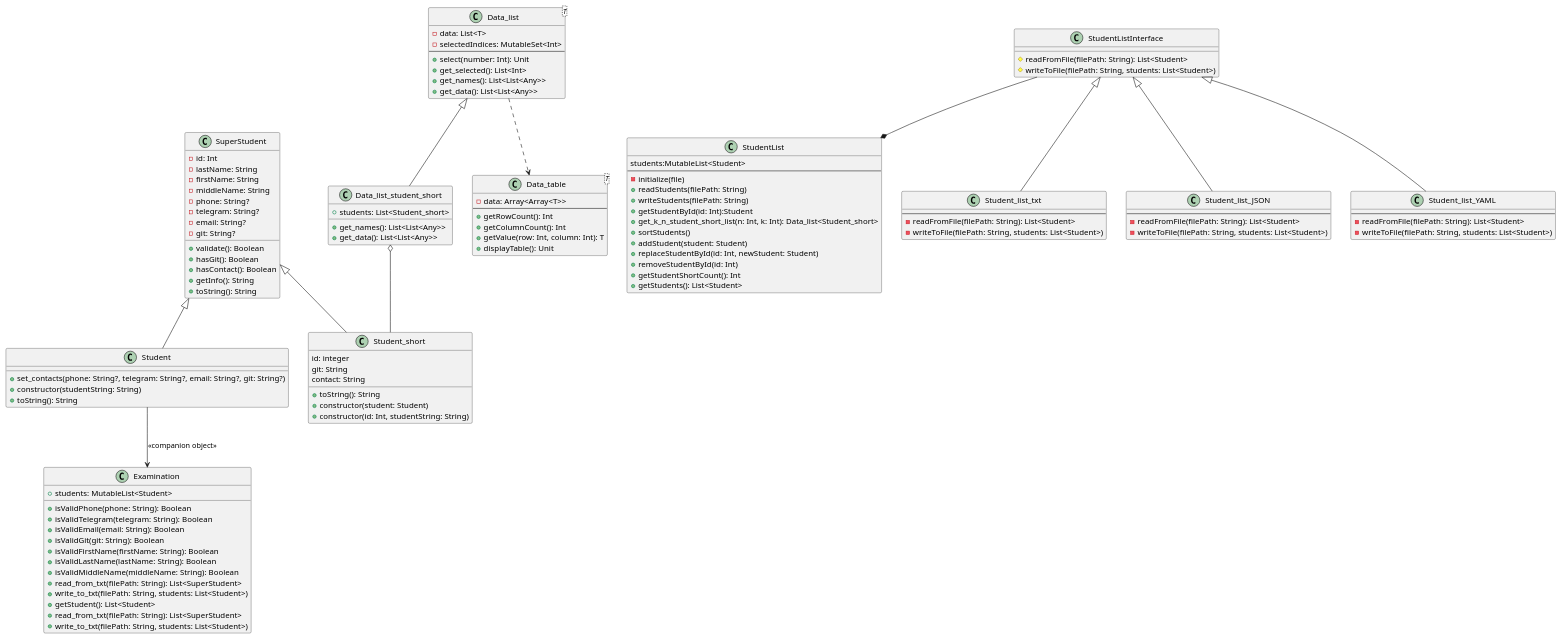
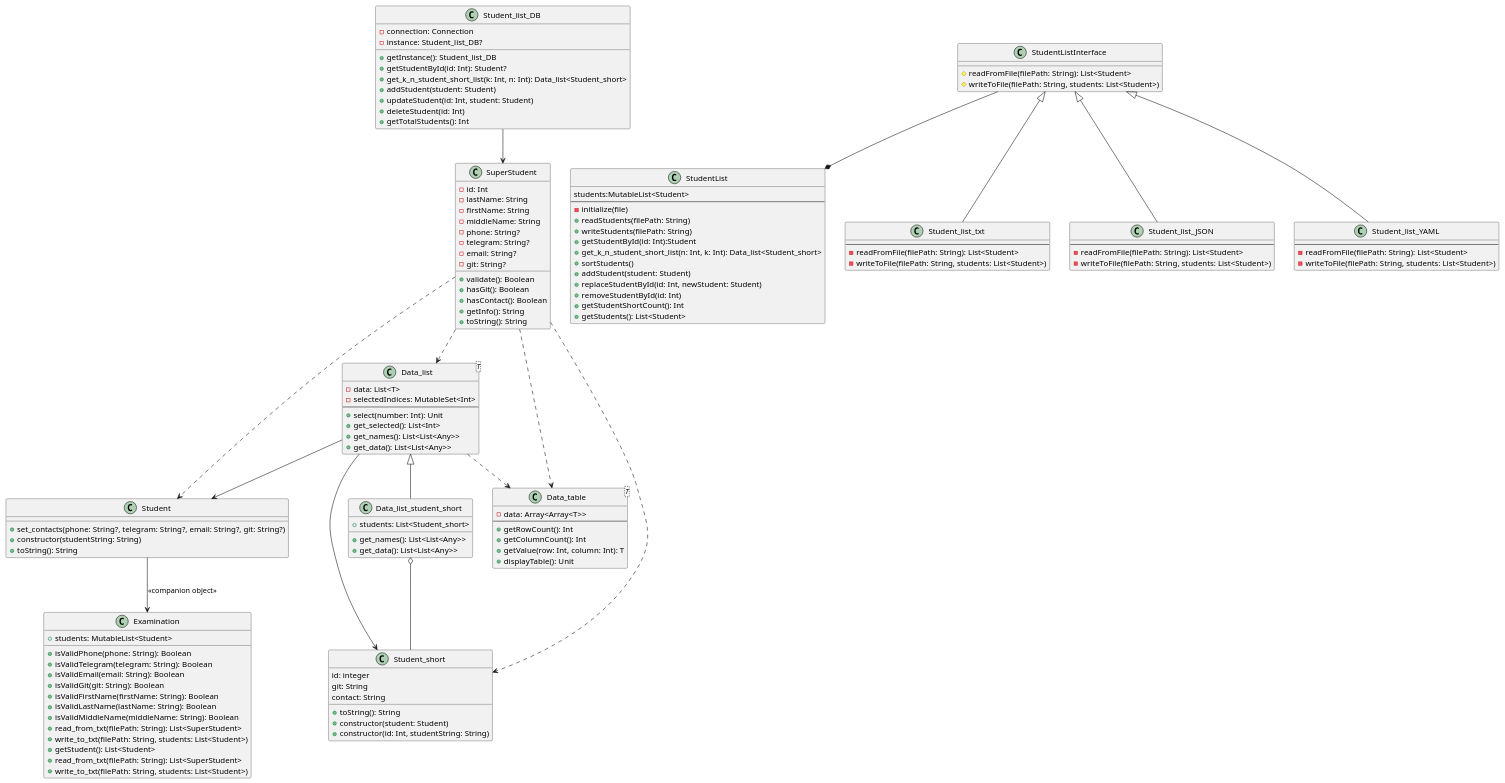
One commit to Sc00taloo/Pattern changed the diagram in LR4_Postgresql/src/main/kotlin/Diagramm.puml. Above: the diagram before and after it, drawn with PlantUML. The commit also changed 2 other files, not shown here.

Commit message:
Task 4.12 - Отразить изменения в классах в диаграмме классов.

```diff
--- a/LR4_Postgresql/src/main/kotlin/Diagramm.puml
+++ b/LR4_Postgresql/src/main/kotlin/Diagramm.puml
@@ -1,124 +1,141 @@
 @startuml
 class SuperStudent {
     - id: Int
     - lastName: String
     - firstName: String
     - middleName: String
     - phone: String?
     - telegram: String?
     - email: String?
     - git: String?
 
     + validate(): Boolean
     + hasGit(): Boolean
     + hasContact(): Boolean
     + getInfo(): String
     + toString(): String
 }
 
 class Student {
     + set_contacts(phone: String?, telegram: String?, email: String?, git: String?)
     + constructor(studentString: String)
     + toString(): String
 }
 
 class Student_short {
     id: integer
     git: String
     contact: String
     + toString(): String
     + constructor(student: Student)
     + constructor(id: Int, studentString: String)
 }
 
 class Data_list<T> {
     - data: List<T>
     - selectedIndices: MutableSet<Int>
 --
     + select(number: Int): Unit
     + get_selected(): List<Int>
     + get_names(): List<List<Any>>
     + get_data(): List<List<Any>>
 }
 
 class Data_list_student_short {
     + students: List<Student_short>
     + get_names(): List<List<Any>>
     + get_data(): List<List<Any>>
 }
 
 class Data_table<T> {
     - data: Array<Array<T>>
 --
     + getRowCount(): Int
     + getColumnCount(): Int
     + getValue(row: Int, column: Int): T
     + displayTable(): Unit
 }
 
 class Examination {
     + students: MutableList<Student>
     + isValidPhone(phone: String): Boolean
     + isValidTelegram(telegram: String): Boolean
     + isValidEmail(email: String): Boolean
     + isValidGit(git: String): Boolean
     + isValidFirstName(firstName: String): Boolean
     + isValidLastName(lastName: String): Boolean
     + isValidMiddleName(middleName: String): Boolean
     + read_from_txt(filePath: String): List<SuperStudent>
     + write_to_txt(filePath: String, students: List<Student>)
     + getStudent(): List<Student>
     + read_from_txt(filePath: String): List<SuperStudent>
     + write_to_txt(filePath: String, students: List<Student>)
 }
 
 class StudentList{
 students:MutableList<Student>
 --
 -initialize(file)
 +readStudents(filePath: String)
 +writeStudents(filePath: String)
 +getStudentById(id: Int):Student
 +get_k_n_student_short_list(n: Int, k: Int): Data_list<Student_short>
 +sortStudents()
 +addStudent(student: Student)
 +replaceStudentById(id: Int, newStudent: Student)
 +removeStudentById(id: Int)
 +getStudentShortCount(): Int
 +getStudents(): List<Student>
 }
 
 class StudentListInterface{
 #readFromFile(filePath: String): List<Student>
 #writeToFile(filePath: String, students: List<Student>)
 }
 
 class Student_list_txt{
 --
 -readFromFile(filePath: String): List<Student>
 -writeToFile(filePath: String, students: List<Student>)
 }
 
 class Student_list_JSON{
 --
 -readFromFile(filePath: String): List<Student>
 -writeToFile(filePath: String, students: List<Student>)
 }
 
 class Student_list_YAML{
 --
 -readFromFile(filePath: String): List<Student>
 -writeToFile(filePath: String, students: List<Student>)
 }
 
+class Student_list_DB {
+    - connection: Connection
+    - instance: Student_list_DB?
+    + getInstance(): Student_list_DB
+    + getStudentById(id: Int): Student?
+    + get_k_n_student_short_list(k: Int, n: Int): Data_list<Student_short>
+    + addStudent(student: Student)
+    + updateStudent(id: Int, student: Student)
+    + deleteStudent(id: Int)
+    + getTotalStudents(): Int
+}
+
+Student_list_DB --> SuperStudent
+Data_list --> Student_short
+Data_list --> Student
+SuperStudent ..>Data_list
+SuperStudent ..>Data_table
 Student -down-> Examination : <<companion object>>
-SuperStudent <|-- Student
-SuperStudent <|-- Student_short
+SuperStudent ..> Student
+SuperStudent ..> Student_short
 Data_list ^-- Data_list_student_short
 Data_list_student_short o--Student_short
 Data_list ..>Data_table
 StudentListInterface ^--Student_list_YAML
 StudentListInterface ^--Student_list_txt
 StudentListInterface ^--Student_list_JSON
 StudentListInterface --* StudentList
 @enduml
```
